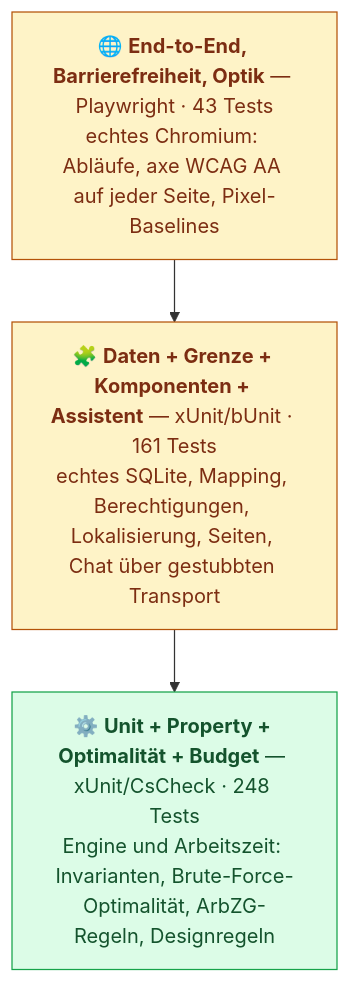
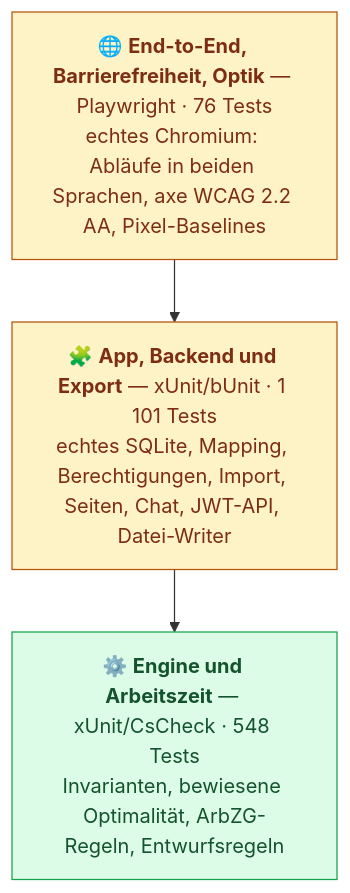
Before and after one commit to aco993/WorkPlanStudio: the diagram in docs/TESTING.de.md, drawn with Mermaid. The commit also changed other lines of this file and 435 other files, not shown here.

````diff
--- a/docs/TESTING.de.md
+++ b/docs/TESTING.de.md
@@ -13,13 +13,13 @@
 ```mermaid
 graph TD
-    E2E["🌐 <b>End-to-End, Barrierefreiheit, Optik</b> — Playwright · 43 Tests<br/>echtes Chromium: Abläufe, axe WCAG AA auf jeder Seite, Pixel-Baselines"]
-    WEB["🧩 <b>Daten + Grenze + Komponenten + Assistent</b> — xUnit/bUnit · 161 Tests<br/>echtes SQLite, Mapping, Berechtigungen, Lokalisierung, Seiten, Chat über gestubbten Transport"]
-    UNIT["⚙️ <b>Unit + Property + Optimalität + Budget</b> — xUnit/CsCheck · 248 Tests<br/>Engine und Arbeitszeit: Invarianten, Brute-Force-Optimalität, ArbZG-Regeln, Designregeln"]
+    E2E["🌐 <b>End-to-End, Barrierefreiheit, Optik</b> — Playwright · 76 Tests<br/>echtes Chromium: Abläufe in beiden Sprachen, axe WCAG 2.2 AA, Pixel-Baselines"]
+    APP["🧩 <b>App, Backend und Export</b> — xUnit/bUnit · 1 101 Tests<br/>echtes SQLite, Mapping, Berechtigungen, Import, Seiten, Chat, JWT-API, Datei-Writer"]
+    UNIT["⚙️ <b>Engine und Arbeitszeit</b> — xUnit/CsCheck · 548 Tests<br/>Invarianten, bewiesene Optimalität, ArbZG-Regeln, Entwurfsregeln"]
 
-    E2E --> WEB --> UNIT
+    E2E --> APP --> UNIT
 
     classDef fast fill:#dcfce7,stroke:#16a34a,color:#14532d;
     classDef slow fill:#fef3c7,stroke:#b45309,color:#7c2d12;
     class UNIT fast;
-    class WEB,E2E slow;
+    class APP,E2E slow;
 ```
````
